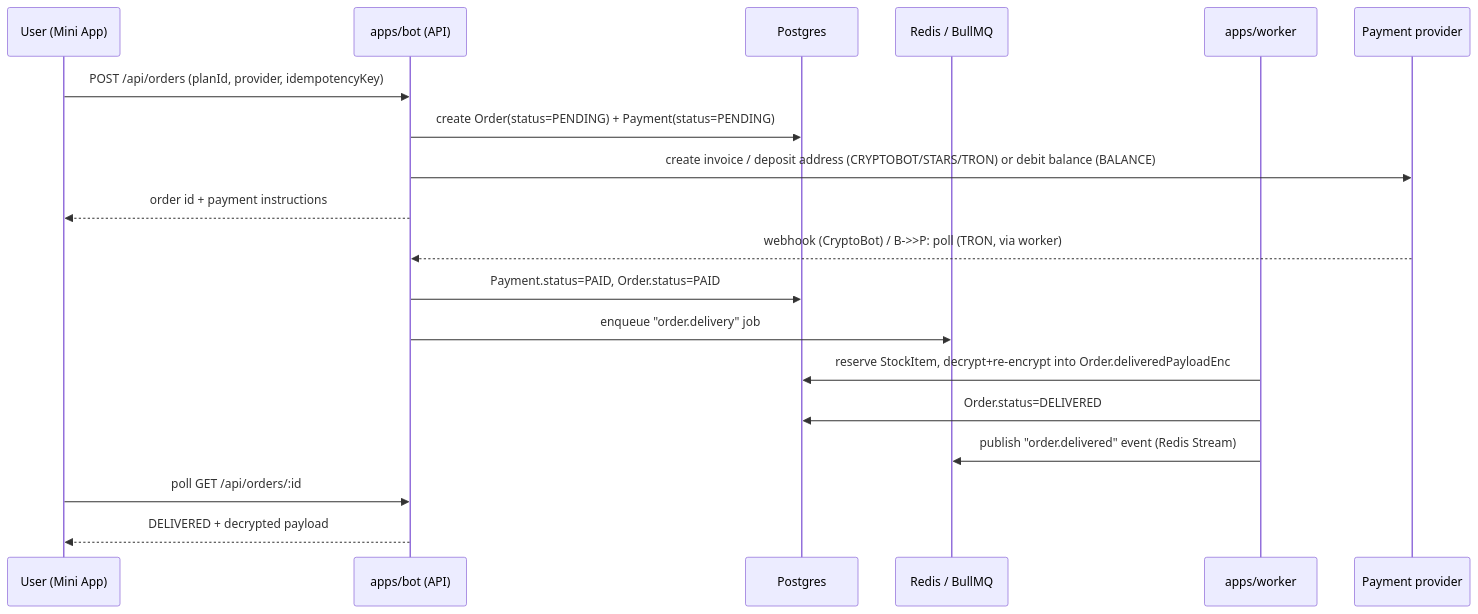
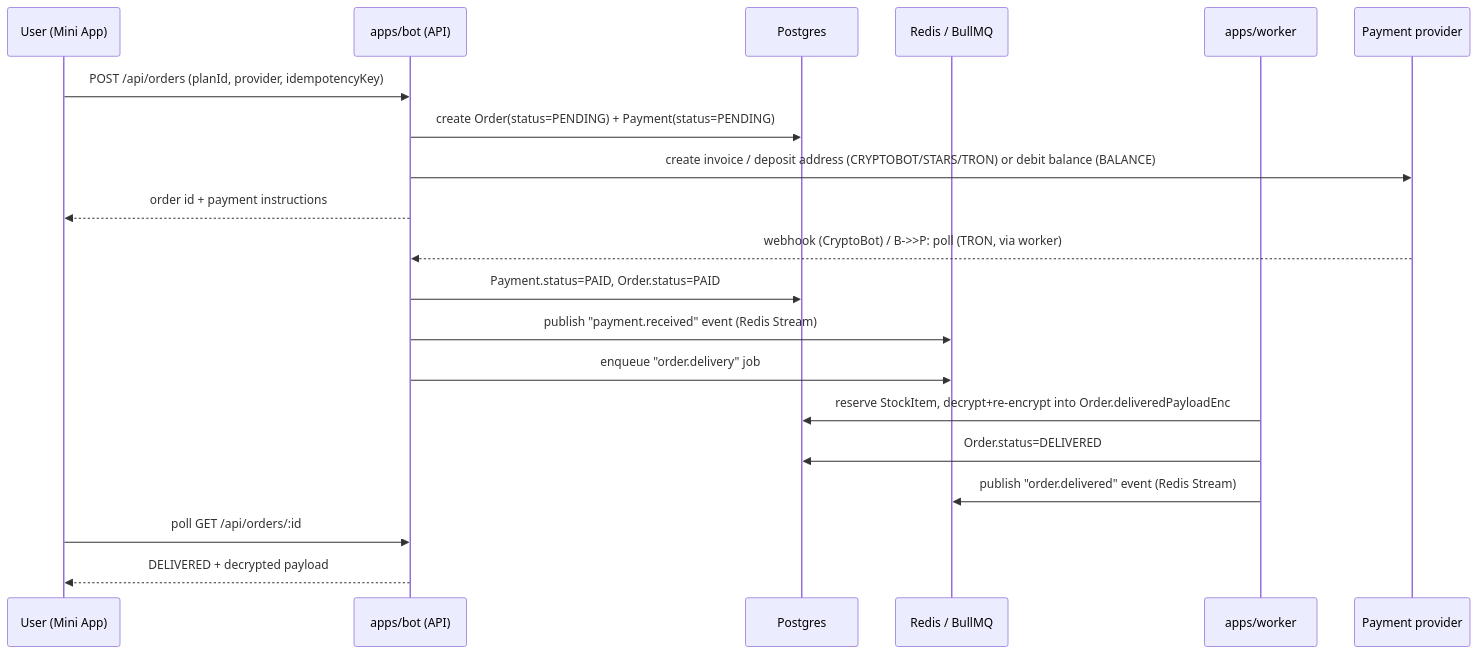
The second of 2 diagrams in docs/ARCHITECTURE.md (PubgmHacker/tgshop), drawn with Mermaid before and after one commit. The commit also changed 75 other files, not shown here.

````diff
--- a/docs/ARCHITECTURE.md
+++ b/docs/ARCHITECTURE.md
@@ -91,22 +91,23 @@
 ```mermaid
 sequenceDiagram
     participant U as User (Mini App)
     participant B as apps/bot (API)
     participant DB as Postgres
     participant Q as Redis / BullMQ
     participant W as apps/worker
     participant P as Payment provider
 
     U->>B: POST /api/orders (planId, provider, idempotencyKey)
     B->>DB: create Order(status=PENDING) + Payment(status=PENDING)
     B->>P: create invoice / deposit address (CRYPTOBOT/STARS/TRON) or debit balance (BALANCE)
     B-->>U: order id + payment instructions
     P-->>B: webhook (CryptoBot) / B->>P: poll (TRON, via worker)
     B->>DB: Payment.status=PAID, Order.status=PAID
+    B->>Q: publish "payment.received" event (Redis Stream)
     B->>Q: enqueue "order.delivery" job
     W->>DB: reserve StockItem, decrypt+re-encrypt into Order.deliveredPayloadEnc
     W->>DB: Order.status=DELIVERED
     W->>Q: publish "order.delivered" event (Redis Stream)
     U->>B: poll GET /api/orders/:id
     B-->>U: DELIVERED + decrypted payload
 ```
````
